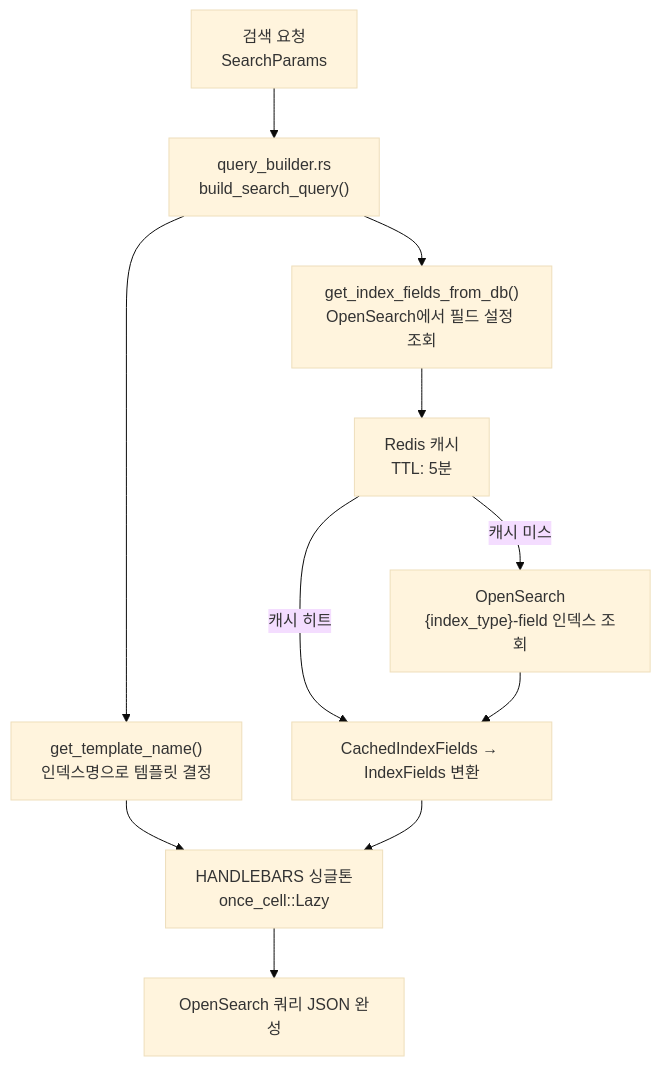
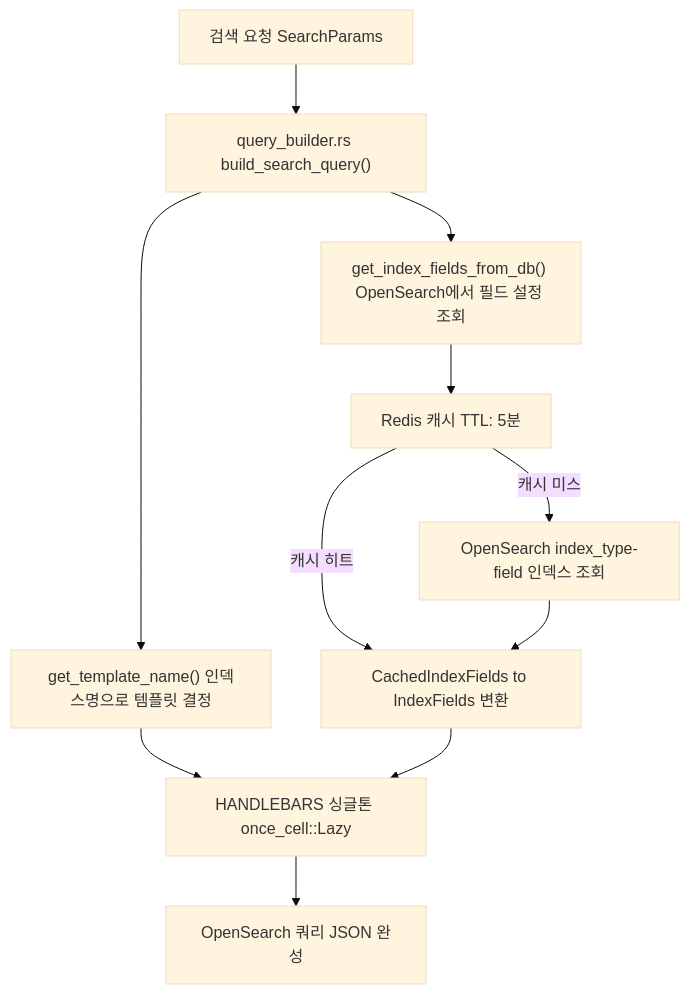
Before and after one commit to SonAIengine/sonblog: the diagram in docs/search-engine/Rust 검색 엔진/Handlebars-템플릿으로-동적-검색-쿼리-생성하기.md, drawn with Mermaid (base theme). The commit also changed 10 other files, not shown here.

Commit message:
mermaid 다이어그램 전체 수정: mermaid 11.x 호환성 문제 해결

````diff
--- a/docs/search-engine/Rust 검색 엔진/Handlebars-템플릿으로-동적-검색-쿼리-생성하기.md
+++ b/docs/search-engine/Rust 검색 엔진/Handlebars-템플릿으로-동적-검색-쿼리-생성하기.md
@@ -25,17 +25,17 @@
 ```mermaid
-graph TD
-    Request["검색 요청<br/>SearchParams"] --> QB["query_builder.rs<br/>build_search_query()"]
+flowchart TD
+    Request["검색 요청 SearchParams"] --> QB["query_builder.rs build_search_query()"]
 
-    QB --> TN["get_template_name()<br/>인덱스명으로 템플릿 결정"]
-    QB --> Fields["get_index_fields_from_db()<br/>OpenSearch에서 필드 설정 조회"]
+    QB --> TN["get_template_name() 인덱스명으로 템플릿 결정"]
+    QB --> Fields["get_index_fields_from_db() OpenSearch에서 필드 설정 조회"]
 
-    Fields --> Redis["Redis 캐시<br/>TTL: 5분"]
-    Redis -->|"캐시 히트"| Fields2["CachedIndexFields → IndexFields 변환"]
-    Redis -->|"캐시 미스"| OS["OpenSearch<br/>{index_type}-field 인덱스 조회"]
+    Fields --> Redis["Redis 캐시 TTL: 5분"]
+    Redis -->|"캐시 히트"| Fields2["CachedIndexFields to IndexFields 변환"]
+    Redis -->|"캐시 미스"| OS["OpenSearch index_type-field 인덱스 조회"]
     OS --> Fields2
 
-    TN --> HBS["HANDLEBARS 싱글톤<br/>once_cell::Lazy"]
+    TN --> HBS["HANDLEBARS 싱글톤 once_cell::Lazy"]
     Fields2 --> HBS
 
     HBS --> JSON["OpenSearch 쿼리 JSON 완성"]
 ```
````
